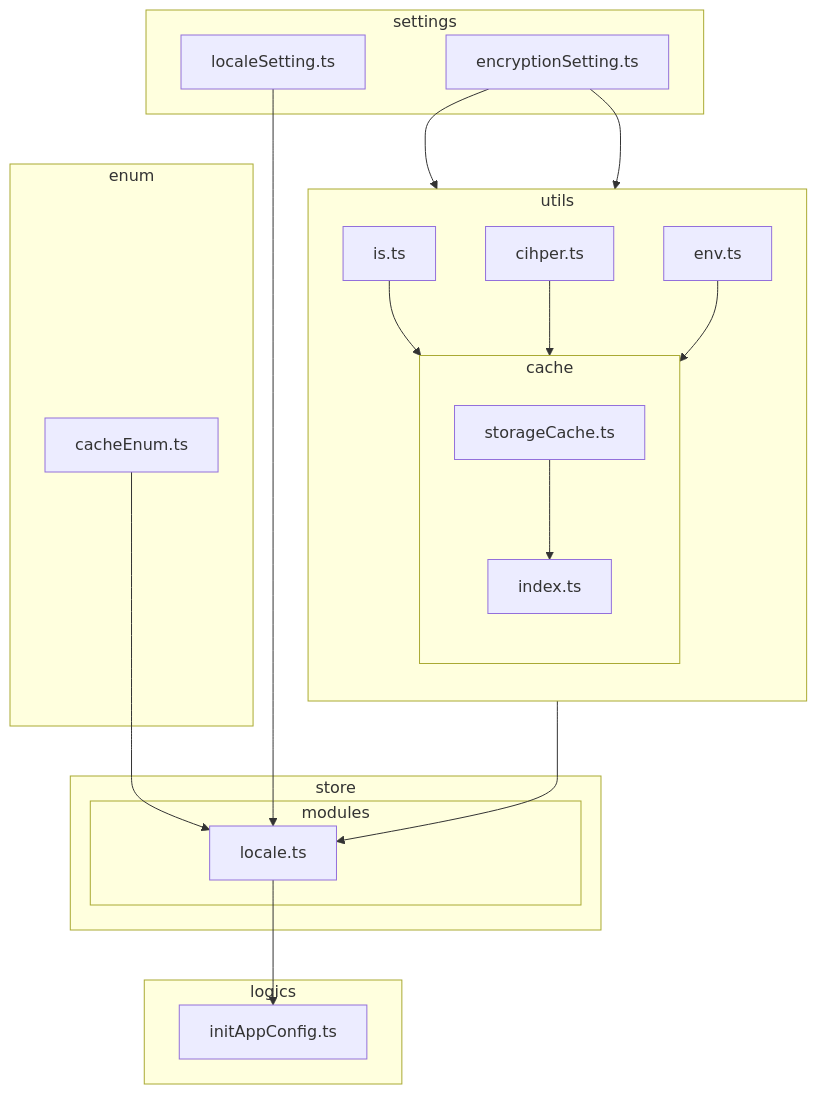
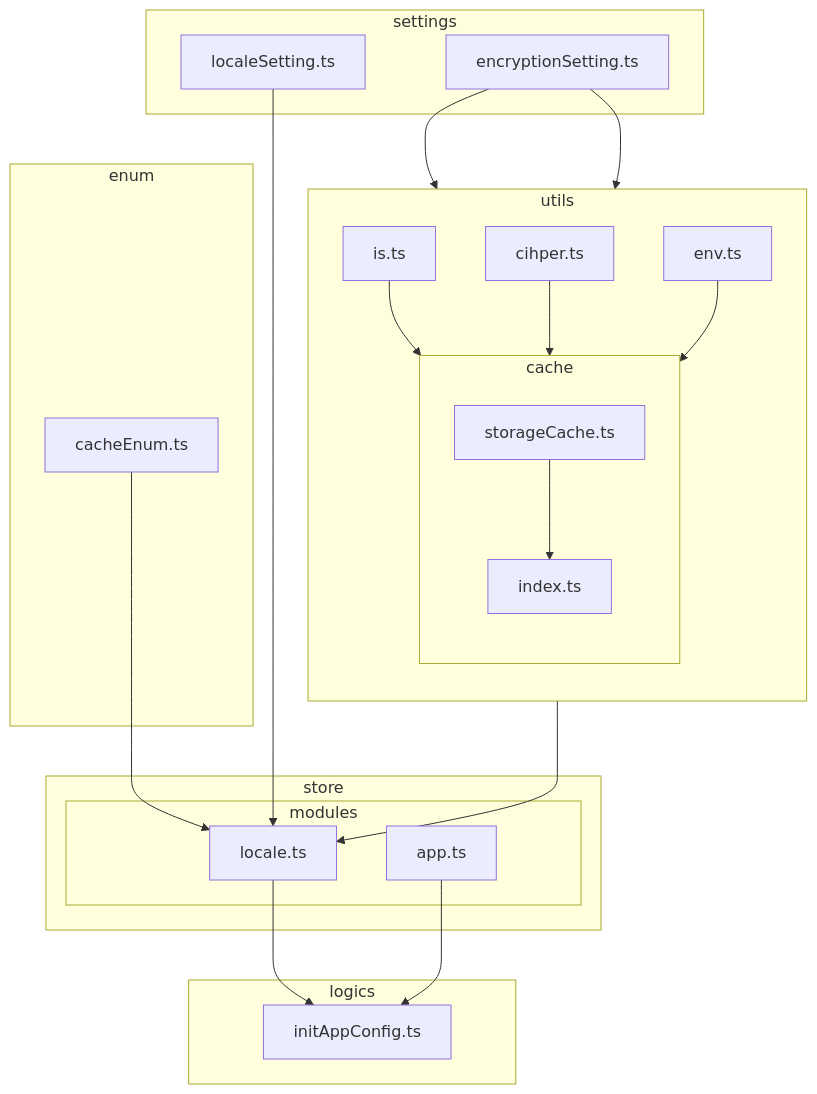
Before and after one commit to ReinerLau/vue-vben-admin: the diagram in uml/架构.md, drawn with Mermaid. The commit also changed 2 other files, not shown here.

````diff
--- a/uml/架构.md
+++ b/uml/架构.md
@@ -1,39 +1,41 @@
 ```mermaid
 flowchart TB
   is --> storageCache
   cihper --> storageCache
   env --> cacheIndex
   storageCache --> cacheIndex
   cacheIndex --> locale
   encryptionSetting --> storageCache
   encryptionSetting --> cacheIndex
   locale --> initAppConfig
   cacheEnum --> locale
   localeSetting --> locale
+  app --> initAppConfig
   subgraph utils
     direction TB
     is[is.ts]
     cihper[cihper.ts]
     env[env.ts]
     subgraph cache
     direction TB
     storageCache[storageCache.ts]
     cacheIndex[index.ts]
     end
   end
   subgraph settings
     encryptionSetting[encryptionSetting.ts]
     localeSetting[localeSetting.ts]
   end
   subgraph logics
     initAppConfig[initAppConfig.ts]
   end
   subgraph store
     subgraph modules
       locale[locale.ts]
+      app[app.ts]
     end
   end
   subgraph enum
     cacheEnum[cacheEnum.ts]
   end
 ```
````
